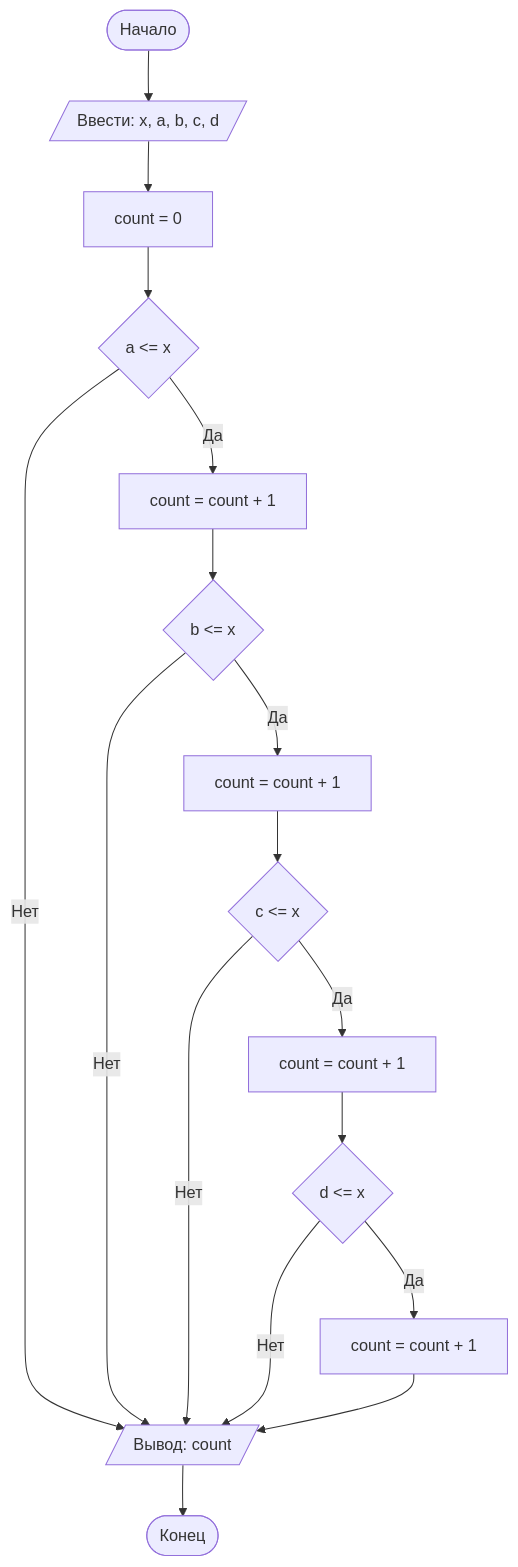
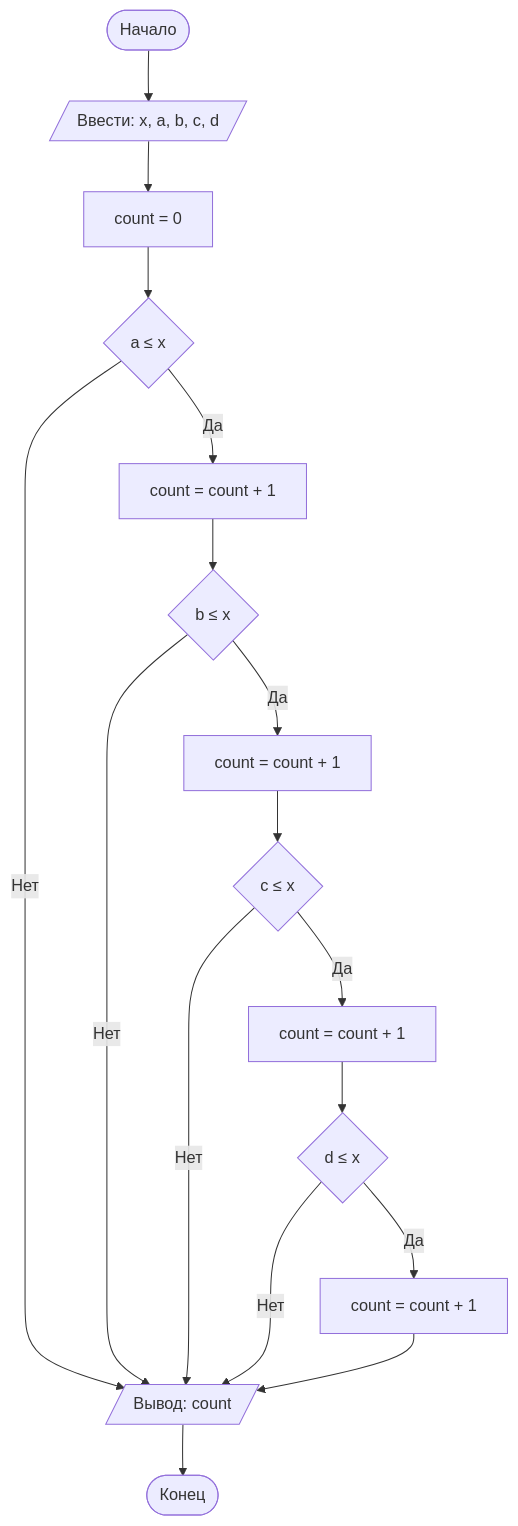
One commit to latypovaaysylu/laba13 changed the diagram in README.md. Above: the diagram before and after it, drawn with Mermaid.

````diff
--- a/README.md
+++ b/README.md
@@ -112,19 +112,19 @@
 ```mermaid
 graph TD
     A([Начало]) --> B[/Ввести: x, a, b, c, d/]
     B --> C[count = 0]
-    C --> D{a <= x}
+    C --> D{a ≤ x}
     D -- Нет --> Z[/Вывод: count/]
     D -- Да --> E[count = count + 1]
-    E --> F{b <= x}
+    E --> F{b ≤ x}
     F -- Нет --> Z
     F -- Да --> G[count = count + 1]
-    G --> H{c <= x}
+    G --> H{c ≤ x}
     H -- Нет --> Z
     H -- Да --> I[count = count + 1]
-    I --> J{d <= x}
+    I --> J{d ≤ x}
     J -- Нет --> Z
     J -- Да --> K[count = count + 1]
     K --> Z
     Z --> Y([Конец])
 ```
````
